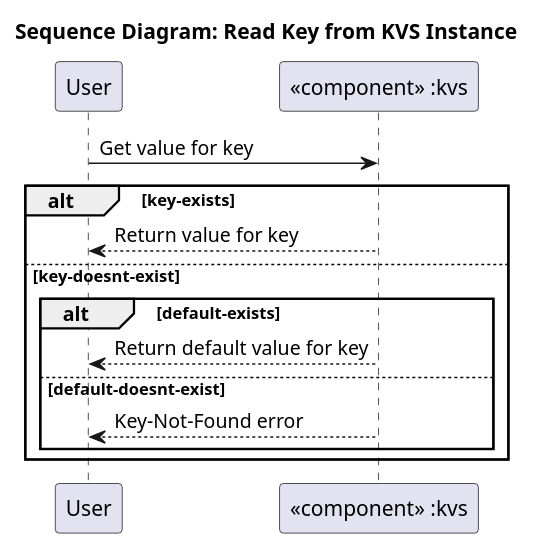
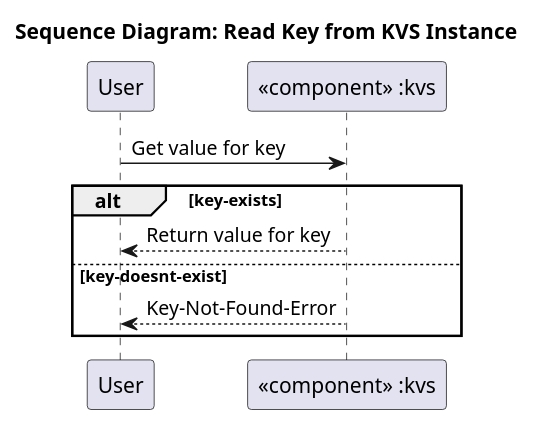
Before and after one commit to esrlabs/inc_mw_per: the diagram in docs/features/persistency/architecture/_assets/kvs_dyn_read_data_key.puml, drawn with PlantUML. The commit also changed 13 other files, not shown here.

First line of the commit message:
docs:update feature architecture and component achitecture (#458)

```diff
--- a/docs/features/persistency/architecture/_assets/kvs_dyn_read_data_key.puml
+++ b/docs/features/persistency/architecture/_assets/kvs_dyn_read_data_key.puml
@@ -14,20 +14,16 @@
 @startuml
 
 title Sequence Diagram: Read Key from KVS Instance
 
 participant "User" as actor
 participant "«component» :kvs" as kvs
 
 actor -> kvs: Get value for key
 
 alt key-exists
     kvs --> actor: Return value for key
 else key-doesnt-exist
-    alt default-exists
-        kvs --> actor: Return default value for key
-    else default-doesnt-exist
-        kvs --> actor: Key-Not-Found error
-    end
+    kvs --> actor: Key-Not-Found-Error
 end
 
 @enduml
```
